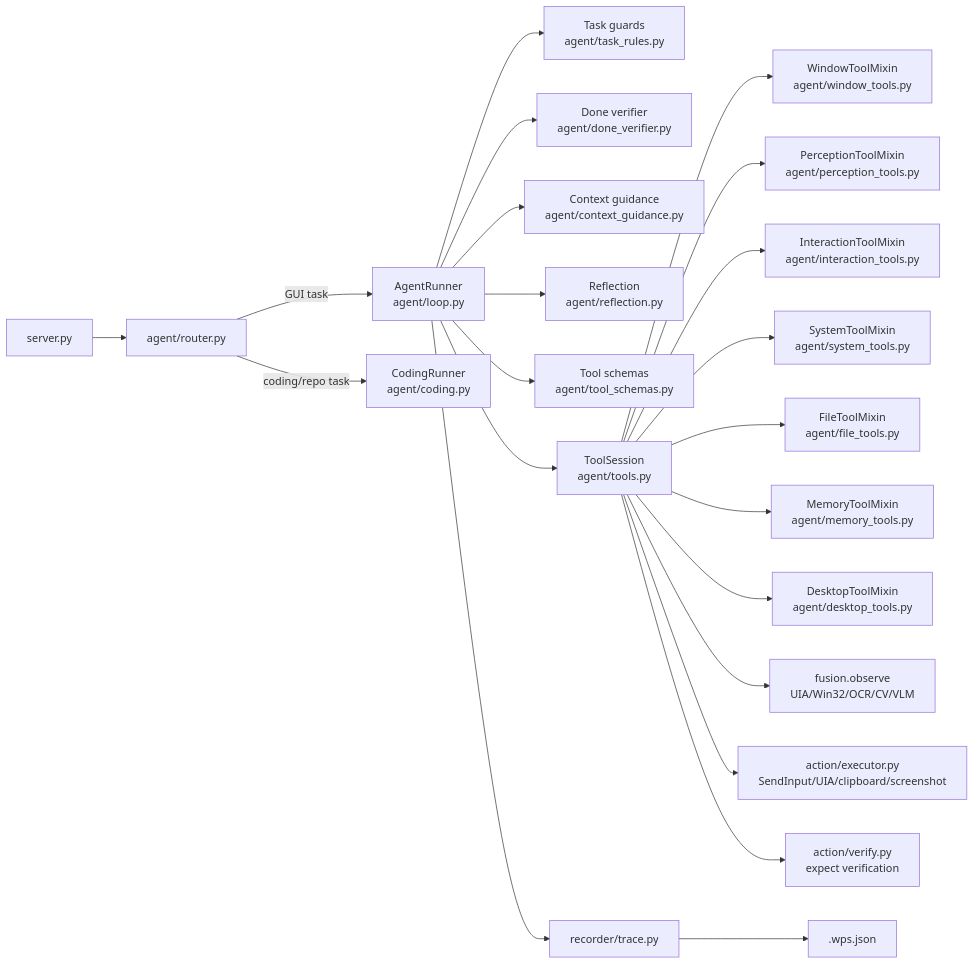
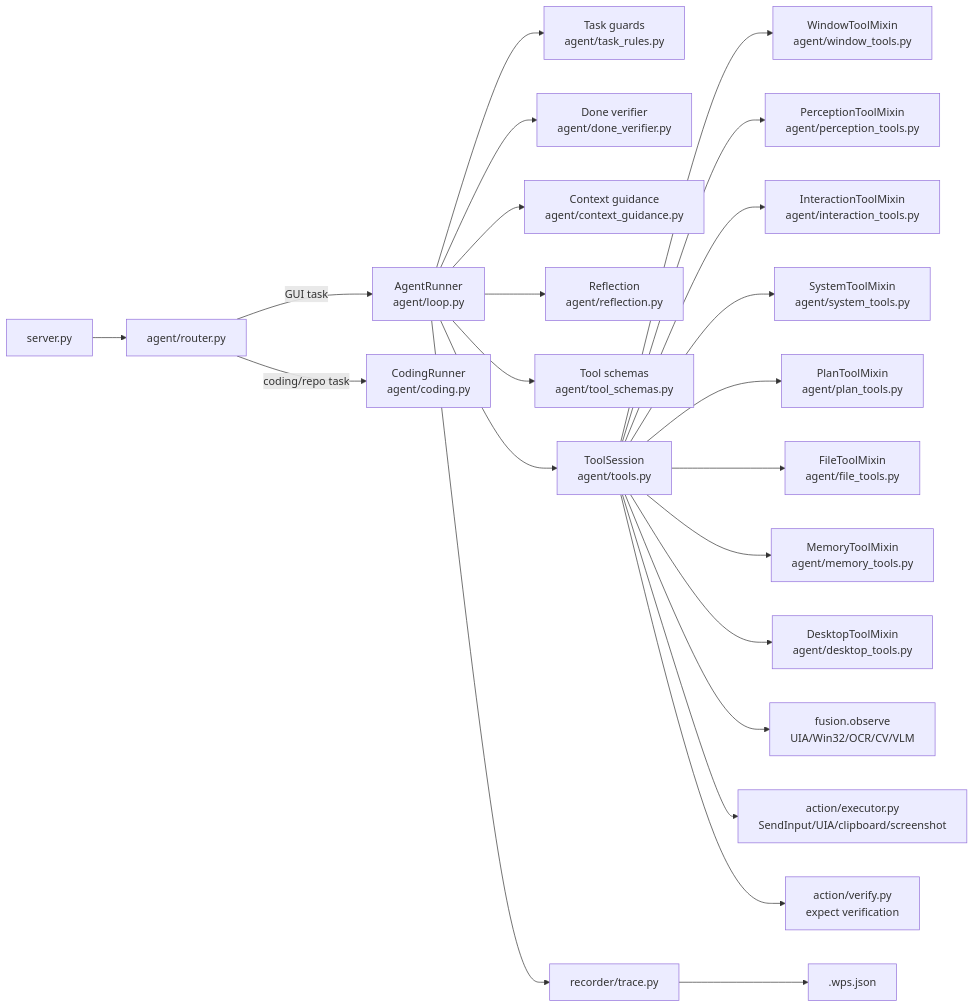
One commit to zoujiapeng/lingdong-script changed the second of 3 diagrams in docs/architecture.md. Above: the diagram before and after it, drawn with Mermaid. The commit also changed other lines of this file and 8 other files, not shown here.

Commit message:
refactor: split plan tool handlers

````diff
--- a/docs/architecture.md
+++ b/docs/architecture.md
@@ -40,24 +40,25 @@
 ```mermaid
 flowchart LR
     server["server.py"] --> router["agent/router.py"]
     router -->|"GUI task"| loop["AgentRunner<br/>agent/loop.py"]
     router -->|"coding/repo task"| coding["CodingRunner<br/>agent/coding.py"]
     loop --> rules["Task guards<br/>agent/task_rules.py"]
     loop --> donev["Done verifier<br/>agent/done_verifier.py"]
     loop --> context["Context guidance<br/>agent/context_guidance.py"]
     loop --> reflect["Reflection<br/>agent/reflection.py"]
     loop --> schemas["Tool schemas<br/>agent/tool_schemas.py"]
     loop --> tools["ToolSession<br/>agent/tools.py"]
     tools --> windowtools["WindowToolMixin<br/>agent/window_tools.py"]
     tools --> perceptiontools["PerceptionToolMixin<br/>agent/perception_tools.py"]
     tools --> interactiontools["InteractionToolMixin<br/>agent/interaction_tools.py"]
     tools --> systemtools["SystemToolMixin<br/>agent/system_tools.py"]
+    tools --> plantools["PlanToolMixin<br/>agent/plan_tools.py"]
     tools --> filetools["FileToolMixin<br/>agent/file_tools.py"]
     tools --> memorytools["MemoryToolMixin<br/>agent/memory_tools.py"]
     tools --> desktoptools["DesktopToolMixin<br/>agent/desktop_tools.py"]
     tools --> fusion["fusion.observe<br/>UIA/Win32/OCR/CV/VLM"]
     tools --> action["action/executor.py<br/>SendInput/UIA/clipboard/screenshot"]
     tools --> verify["action/verify.py<br/>expect verification"]
     loop --> recorder["recorder/trace.py"]
     recorder --> wps[".wps.json"]
 ```
````
